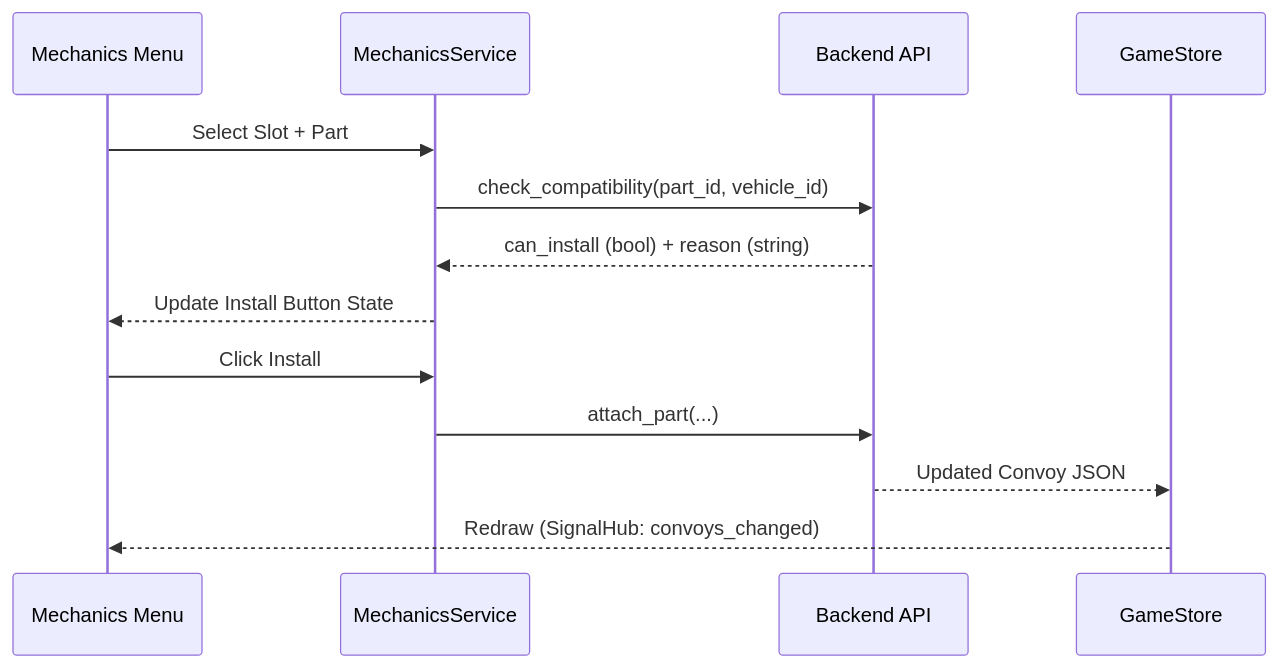
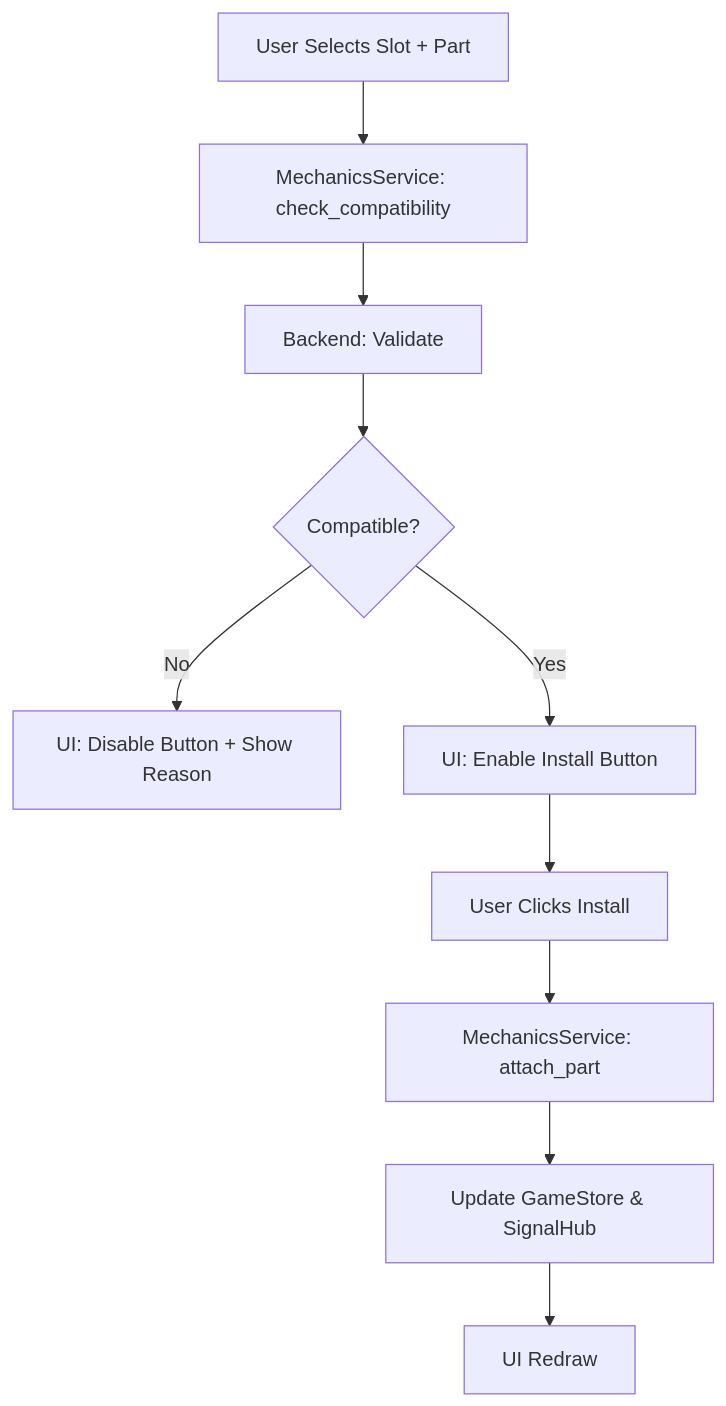
One commit to OoriData/DF_Godot changed the third of 4 diagrams in docs/03_Systems/GameLifecycle.md. Above: the diagram before and after it, drawn with Mermaid. The commit also changed other lines of this file and 36 other files, not shown here.

Commit message:
Docs update with charts

````diff
--- a/docs/03_Systems/GameLifecycle.md
+++ b/docs/03_Systems/GameLifecycle.md
@@ -58,17 +58,14 @@
 ```mermaid
-sequenceDiagram
-    participant UI as Mechanics Menu
-    participant MS as MechanicsService
-    participant API as Backend API
-    participant Store as GameStore
-
-    UI->>MS: Select Slot + Part
-    MS->>API: check_compatibility(part_id, vehicle_id)
-    API-->>MS: can_install (bool) + reason (string)
-    MS-->>UI: Update Install Button State
+graph TD
+    Select[User Selects Slot + Part] --> CompReq[MechanicsService: check_compatibility]
+    CompReq --> API[Backend: Validate]
+    API --> Result{Compatible?}
     
-    UI->>MS: Click Install
-    MS->>API: attach_part(...)
-    API-->>Store: Updated Convoy JSON
-    Store-->>UI: Redraw (SignalHub: convoys_changed)
+    Result -->|No| Block[UI: Disable Button + Show Reason]
+    Result -->|Yes| Enable[UI: Enable Install Button]
+    
+    Enable --> Click[User Clicks Install]
+    Click --> Attach[MechanicsService: attach_part]
+    Attach --> Store[Update GameStore & SignalHub]
+    Store --> Redraw[UI Redraw]
 ```
````
